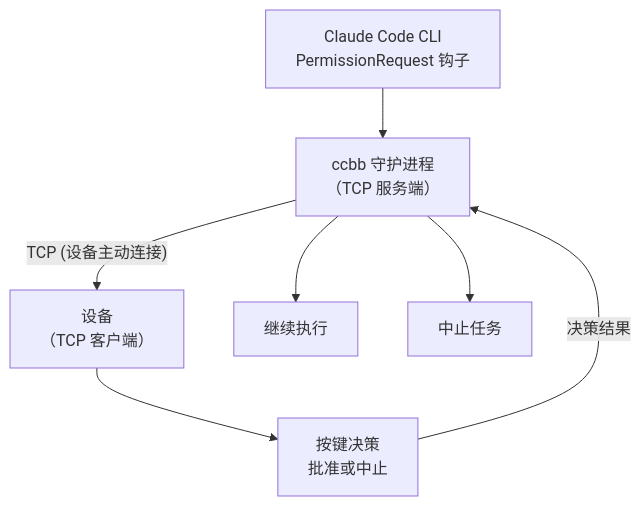
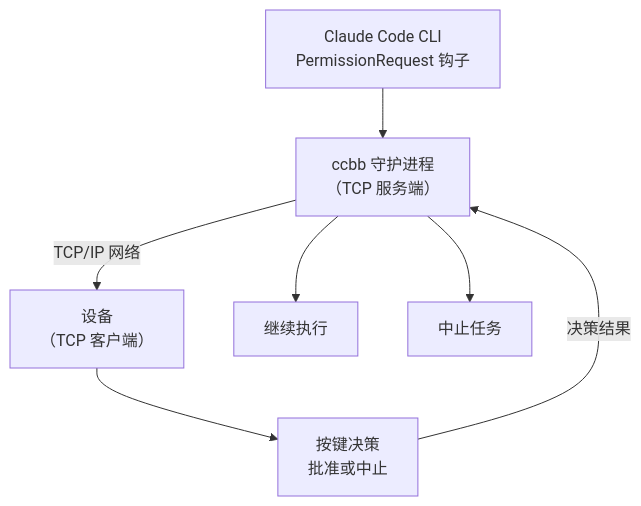
Before and after one commit to oh-myfun/claude-code-buddy-bridge: the diagram in README.md, drawn with Mermaid. The commit also changed other lines of this file and 1 other file, not shown here.

````diff
--- a/README.md
+++ b/README.md
@@ -14,16 +14,16 @@
 ```mermaid
 flowchart TD
     A["Claude Code CLI\nPermissionRequest 钩子"]
     B["ccbb 守护进程\n（TCP 服务端）"]
     C["设备\n（TCP 客户端）"]
     D["按键决策\n批准或中止"]
     E["继续执行"]
     F["中止任务"]
 
     A --> B
-    B --"TCP (设备主动连接)"--> C
+    B --"TCP/IP 网络"--> C
     C --> D
     D --"决策结果"--> B
     B --> E
     B --> F
 ```
````
